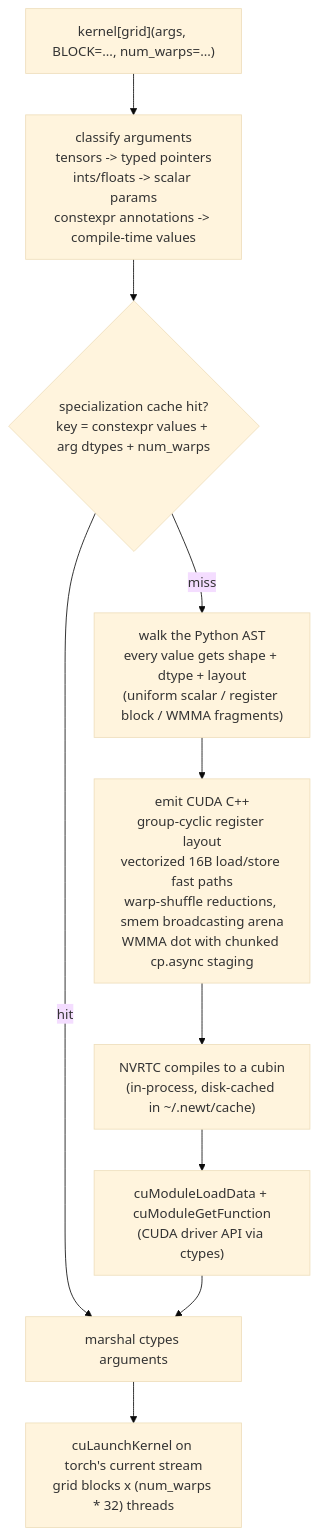
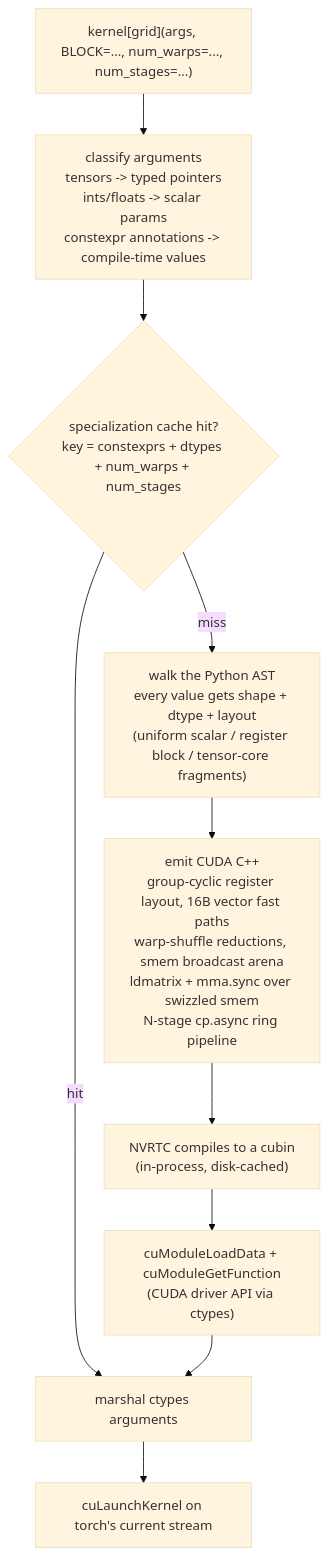
One commit to arpitsinghgautam/newt changed the second of 3 diagrams in README.md. Above: the diagram before and after it, drawn with Mermaid (base theme). The commit also changed other lines of this file and 2 other files, not shown here.

````diff
--- a/README.md
+++ b/README.md
@@ -77,12 +145,12 @@
 ```mermaid
 flowchart TD
-    A["kernel[grid](args, BLOCK=..., num_warps=...)"] --> B["classify arguments<br/>tensors -> typed pointers<br/>ints/floats -> scalar params<br/>constexpr annotations -> compile-time values"]
-    B --> C{"specialization cache hit?<br/>key = constexpr values + arg dtypes + num_warps"}
+    A["kernel[grid](args, BLOCK=..., num_warps=..., num_stages=...)"] --> B["classify arguments<br/>tensors -> typed pointers<br/>ints/floats -> scalar params<br/>constexpr annotations -> compile-time values"]
+    B --> C{"specialization cache hit?<br/>key = constexprs + dtypes + num_warps + num_stages"}
     C -- "hit" --> H["marshal ctypes arguments"]
-    C -- "miss" --> D["walk the Python AST<br/>every value gets shape + dtype + layout<br/>(uniform scalar / register block / WMMA fragments)"]
-    D --> E["emit CUDA C++<br/>group-cyclic register layout<br/>vectorized 16B load/store fast paths<br/>warp-shuffle reductions, smem broadcasting arena<br/>WMMA dot with chunked cp.async staging"]
-    E --> F["NVRTC compiles to a cubin<br/>(in-process, disk-cached in ~/.newt/cache)"]
+    C -- "miss" --> D["walk the Python AST<br/>every value gets shape + dtype + layout<br/>(uniform scalar / register block / tensor-core fragments)"]
+    D --> E["emit CUDA C++<br/>group-cyclic register layout, 16B vector fast paths<br/>warp-shuffle reductions, smem broadcast arena<br/>ldmatrix + mma.sync over swizzled smem<br/>N-stage cp.async ring pipeline"]
+    E --> F["NVRTC compiles to a cubin<br/>(in-process, disk-cached)"]
     F --> G["cuModuleLoadData + cuModuleGetFunction<br/>(CUDA driver API via ctypes)"]
     G --> H
-    H --> I["cuLaunchKernel on torch's current stream<br/>grid blocks x (num_warps * 32) threads"]
+    H --> I["cuLaunchKernel on torch's current stream"]
 ```
````
